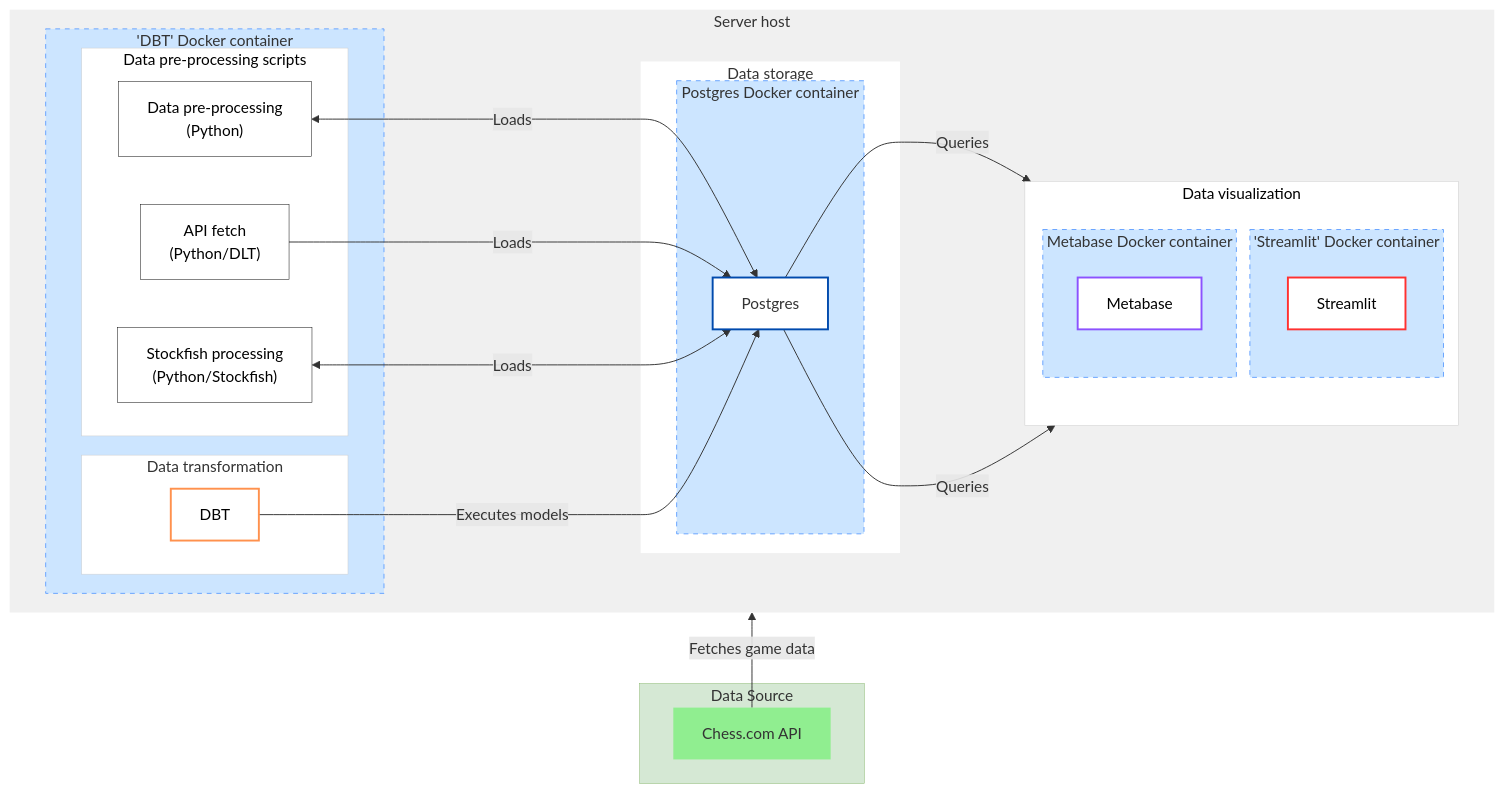
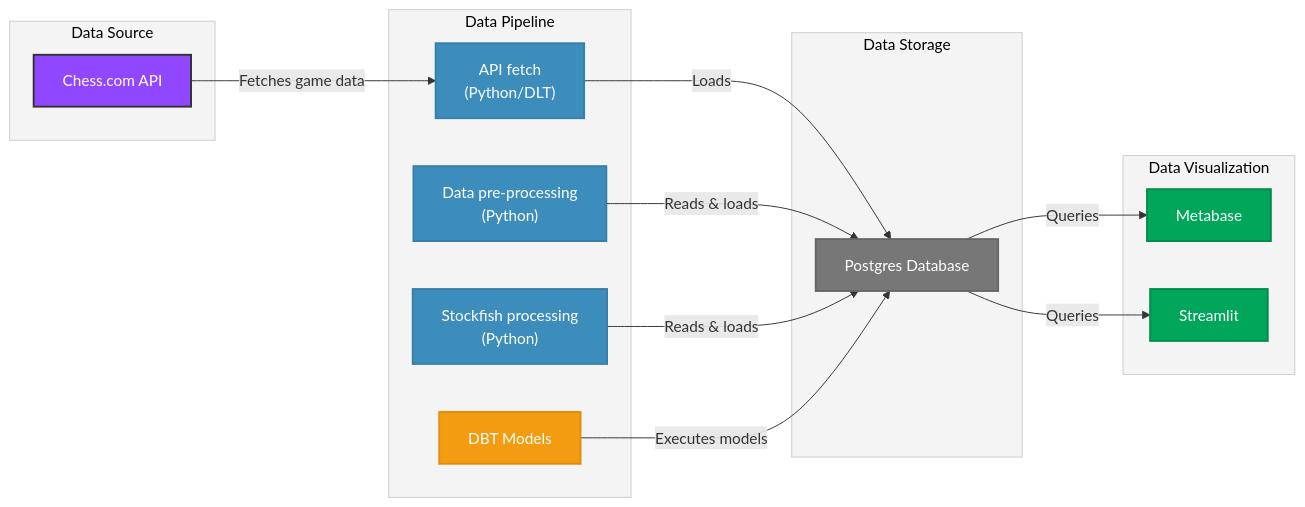
One commit to gabriellegall/chess_com_bi_pg changed the diagram in README.md. Above: the diagram before and after it, drawn with Mermaid.

````diff
--- a/README.md
+++ b/README.md
@@ -32,66 +32,52 @@
 ```mermaid
-graph BT;
+graph LR;
 
-
-    subgraph Server["Server host"]
-	    %% Subgraph Definitions
-	    subgraph Visualization["Data visualization"]
-	        subgraph s3["'Streamlit' Docker container"]
-	            F["Streamlit"]
-	        end
-	        subgraph s2["Metabase Docker container"]
-	            E["Metabase"]
-	        end
-	        direction TB
-	    end
-        subgraph s4["Data storage"]
-            subgraph StorageDB["Postgres Docker container"]
-                C[Postgres Database]
-            end
-        end
-        subgraph s1["'DBT' Docker container"]
-            subgraph Transformation["Data transformation"]
-                D["DBT"]
-            end
-            subgraph Ingestion["Data pre-processing scripts"]
-                n1["Python pre-processing"]
-                n2["Stockfish processing<br>(Python)"]
-                B["API Fetch & Stockfish Analysis<br>(Python/DLT)"]
-            end
-        end
-        direction LR
-    end
-
+    %% Data Source
     subgraph DS ["Data Source"]
         A[Chess.com API]
     end
 
-    %% Data Flow & Interactions
+    %% Processing
+    subgraph Processing ["Data Pipeline"]
+        B["API fetch<br>(Python/DLT)"]
+        n1["Data pre-processing<br>(Python)"]
+        n2["Stockfish processing<br>(Python)"]
+        D["DBT Models"]
+    end
+
+    %% Storage
+    subgraph Storage ["Data Storage"]
+        C[Postgres Database]
+    end
+
+    %% Visualization
+    subgraph Viz ["Data Visualization"]
+        E["Metabase"]
+        F["Streamlit"]
+    end
+
+    %% Data flow
     A -->|"Fetches game data"| B
-    B["API fetch<br>(Python/DLT)"] -->|"Loads"| C
+    B -->|"Loads"| C
+    n1 -->|"Reads & loads"| C
+    n2 -->|"Reads & loads"| C
     D -->|"Executes models"| C
-    n2["Stockfish processing<br>(Python/Stockfish)"] <--->|"Loads"| C
-    n1["Data pre-processing <br>(Python)"] <--->|"Loads"| C["Postgres"]
     C -->|"Queries"| E
     C -->|"Queries"| F
 
-    %% Subgraph Styling
-    style DS fill:#D5E8D4,stroke:#82B366,stroke-width:0.5px
-    style StorageDB fill:#cce5ff,stroke:#66a3ff,stroke-width:1px,stroke-dasharray:5 5
-    style A fill:#90ee90,stroke:#333,stroke-width:0px
-    style s1 fill:#cce5ff,stroke:#66a3ff,stroke-width:1px,stroke-dasharray:5 5
-    style Ingestion fill:#FFFFFF,stroke:#ccc,stroke-width:0.5px,color:#000000
-    style Transformation fill:#FFFFFF,stroke:#ccc,stroke-width:0.5px
-    style Visualization fill:#FFFFFF,stroke:#ccc,stroke-width:0.5px,color:#000000
-    style n1 fill:#FFFFFF,stroke-width:0.5px,color:#000000,stroke:#000000
-    style s2 fill:#cce5ff,stroke:#66a3ff,stroke-width:1px,stroke-dasharray:5 5
-    style s3 fill:#cce5ff,stroke:#66a3ff,stroke-width:1px,stroke-dasharray:5 5
-    style s4 fill:#FFFFFF,stroke-width:0px
-    style Server fill:#f0f0f0,stroke:#aaa,stroke-width:0px
-    style F fill:#FFFFFF,stroke:#FF3131,stroke-width:2px,color:#000
-    style C fill:#FFFFFF,stroke:#004AAD,stroke-width:2px
-    style E fill:#FFFFFF,stroke:#8C52FF,stroke-width:2px,color:#000000
-    style n2 fill:#FFFFFF,stroke-width:0.5px,stroke:#000000,color:#000000
-    style B fill:#FFFFFF,stroke:#000000,stroke-width:0.5px,color:#000000
-    style D fill:#FFFFFF,stroke:#FF914D,stroke-width:2px,color:#000000
+    %% Subgraph styling (light, semi-transparent)
+    style DS fill:#f4f4f4,stroke:#ccc,stroke-width:1px,color:#000
+    style Processing fill:#f4f4f4,stroke:#ccc,stroke-width:1px,color:#000
+    style Storage fill:#f4f4f4,stroke:#ccc,stroke-width:1px,color:#000
+    style Viz fill:#f4f4f4,stroke:#ccc,stroke-width:1px,color:#000
+
+    %% Node styling (from Twitch palette)
+    style A fill:#9146FF,stroke:#333,stroke-width:2px,color:#fff
+    style B fill:#3c8dbc,stroke:#367fa9,stroke-width:2px,color:white
+    style n1 fill:#3c8dbc,stroke:#367fa9,stroke-width:2px,color:white
+    style n2 fill:#3c8dbc,stroke:#367fa9,stroke-width:2px,color:white
+    style D fill:#f39c12,stroke:#e08e0b,stroke-width:2px,color:white
+    style C fill:#777,stroke:#666,stroke-width:2px,color:white
+    style E fill:#00a65a,stroke:#008d4c,stroke-width:2px,color:white
+    style F fill:#00a65a,stroke:#008d4c,stroke-width:2px,color:white
 ```
````
